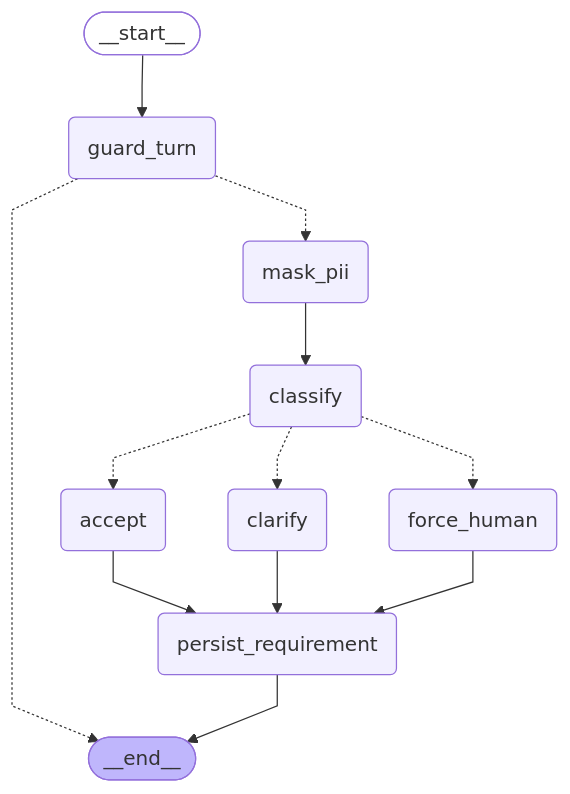
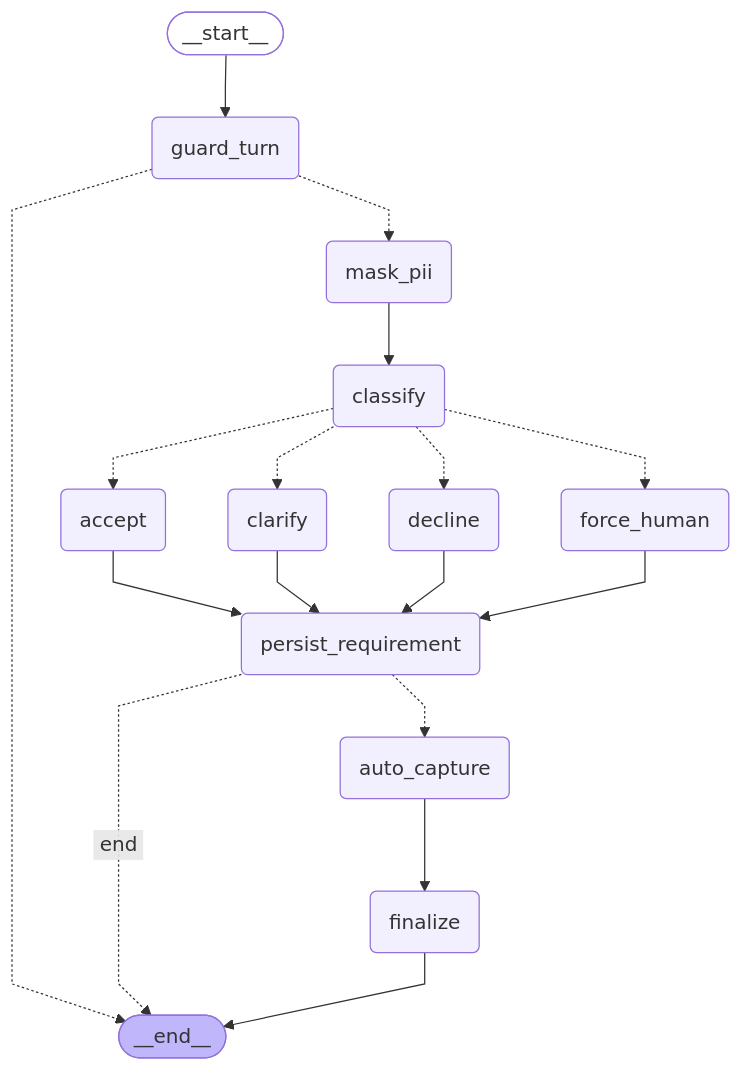
One commit to ChristianMendozaa/banking-orchestration-system changed the fourth of 10 diagrams in README.md. Above: the diagram before and after it, drawn with Mermaid. The commit also changed other lines of this file and 5 other files, not shown here.

````diff
--- a/README.md
+++ b/README.md
@@ -203,31 +255,39 @@
 ```mermaid
 ---
 config:
   flowchart:
     curve: linear
 ---
 graph TD;
 	__start__([<p>__start__</p>]):::first
 	guard_turn(guard_turn)
 	mask_pii(mask_pii)
 	classify(classify)
 	clarify(clarify)
 	force_human(force_human)
 	accept(accept)
+	decline(decline)
 	persist_requirement(persist_requirement)
+	auto_capture(auto_capture)
+	finalize(finalize)
 	__end__([<p>__end__</p>]):::last
 	__start__ --> guard_turn;
 	accept --> persist_requirement;
+	auto_capture --> finalize;
 	clarify --> persist_requirement;
 	classify -.-> accept;
 	classify -.-> clarify;
+	classify -.-> decline;
 	classify -.-> force_human;
+	decline --> persist_requirement;
 	force_human --> persist_requirement;
 	guard_turn -.-> __end__;
 	guard_turn -.-> mask_pii;
 	mask_pii --> classify;
-	persist_requirement --> __end__;
+	persist_requirement -. &nbsp;end&nbsp; .-> __end__;
+	persist_requirement -.-> auto_capture;
+	finalize --> __end__;
 	classDef default fill:#f2f0ff,line-height:1.2
 	classDef first fill-opacity:0
 	classDef last fill:#bfb6fc
 ```
````
